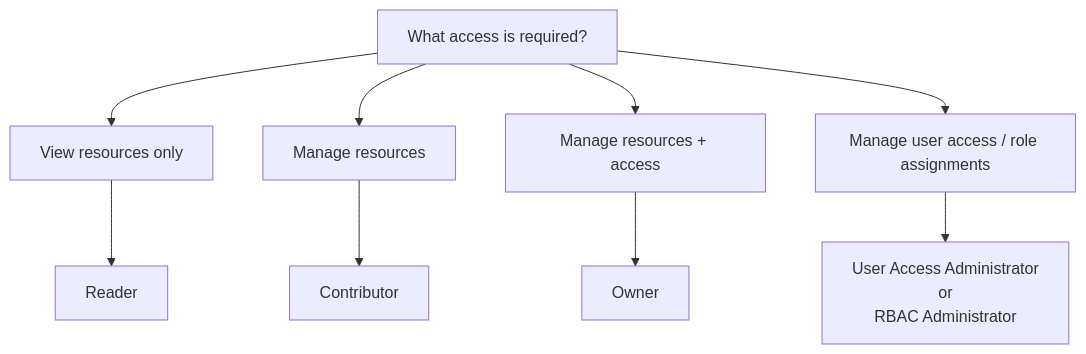
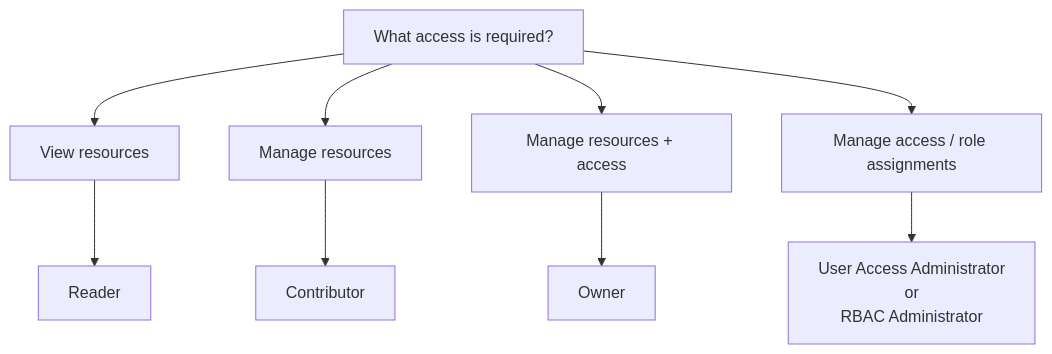
Before and after one commit to zhyordanova/azure-fundamentals-handbook: the second of 2 diagrams in docs/06-identity/2-azure-rbac.md, drawn with Mermaid. The commit also changed other lines of this file, not shown here.

Commit message:
feat: expand RBAC guidance with role assignment permissions

````diff
--- a/docs/06-identity/2-azure-rbac.md
+++ b/docs/06-identity/2-azure-rbac.md
@@ -254,18 +171,13 @@
 ```mermaid
 flowchart TD
-
     A["What access is required?"]
-
-    A --> B["View resources only"]
+    A --> B["View resources"]
     A --> C["Manage resources"]
     A --> D["Manage resources + access"]
-    A --> E["Manage user access / role assignments"]
+    A --> E["Manage access / role assignments"]
 
     B --> READER["Reader"]
-
     C --> CONTRIBUTOR["Contributor"]
-
     D --> OWNER["Owner"]
-
     E --> ACCESS["User Access Administrator<br/>or<br/>RBAC Administrator"]
 ```
````
